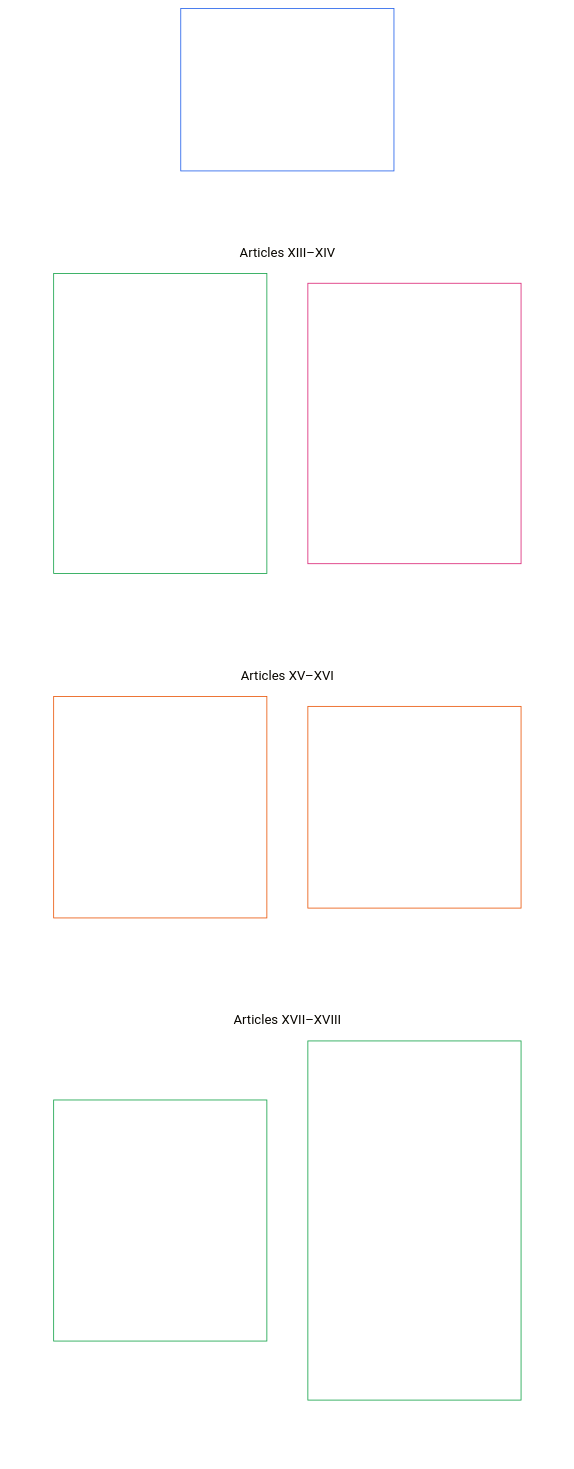
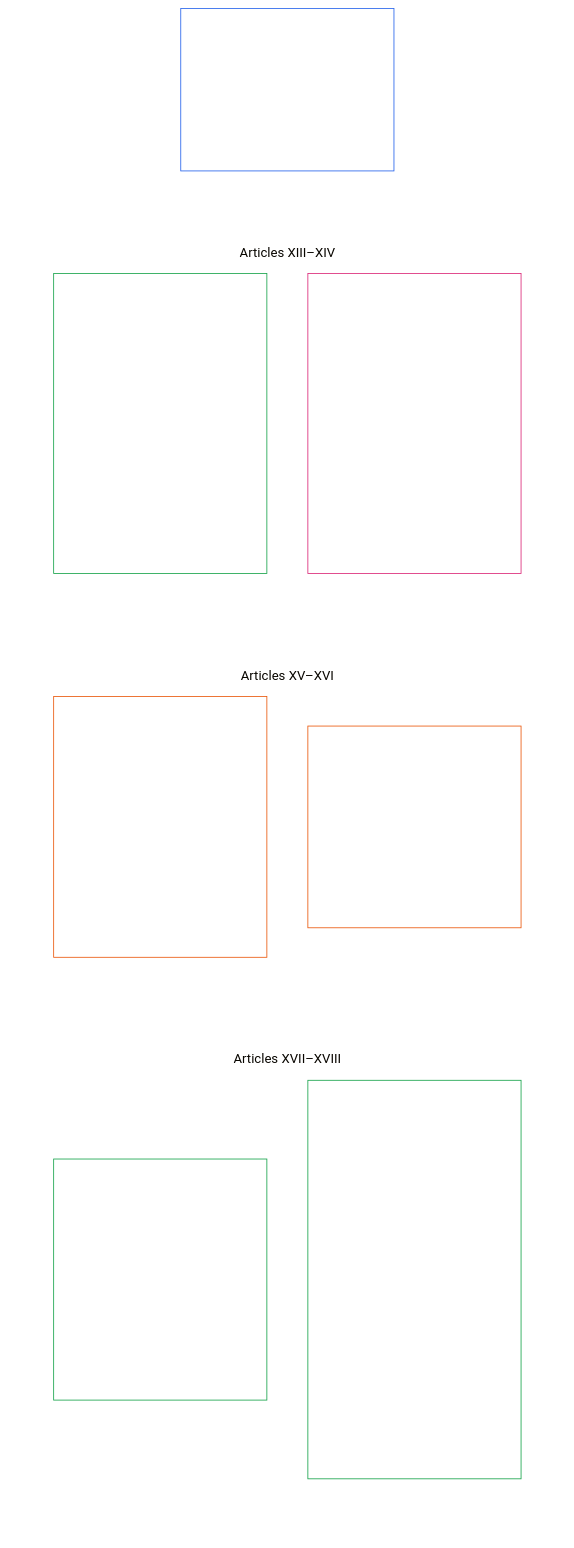
The diagram in core_06_rights_part_c.md (kfoelsch/Sentient_Constitution), drawn with Mermaid (base theme) before and after one commit. The commit also changed other lines of this file and 55 other files, not shown here.

````diff
--- a/core_06_rights_part_c.md
+++ b/core_06_rights_part_c.md
@@ -40,36 +40,36 @@
 ```mermaid
 flowchart TB
     C0["Part C<br/><br/>Trustworthy systems, security and force limits,<br/>information integrity, verification, lifecycle, and sandboxed innovation"]
     subgraph Cgrid[" "]
         direction TB
         subgraph Crow1["Articles XIII–XIV"]
             C1["**Article XIII** (*Right to Reliable and Trustworthy Systems*) · Right to Reliable and Trustworthy Systems<br/><br/>• Reliability baseline<br/>• Challenge, review, and redress<br/>• False trust limits<br/>• Incentive alignment<br/>• High-autonomy process integrity<br/>• Resilience and self-healing"]
-            C2["**Article XIV** (*Security, Intelligence, Force, and Autonomous Coercive Systems*) · Security, Intelligence, Force, and Autonomous Coercive Systems<br/><br/>• Covert-power limits<br/>• Use of force and armed conflict<br/>• Autonomous lethal and coercive systems"]
+            C2["**Article XIV** (*Security, Intelligence, Force, and Autonomous Coercive Systems*) · Security, Intelligence, Force, and Autonomous Coercive Systems<br/><br/>• Covert-power limits<br/>• Use of force and armed conflict<br/>• Autonomous lethal and coercive systems<br/>• Counter-espionage limits"]
         end
         subgraph Crow2["Articles XV–XVI"]
-            C3["**Article XV** (*Info-Sphere Integrity*) · Info-Sphere Integrity<br/><br/>• Plurality and anti-monopoly<br/>• Transparency and contestability<br/>• Validation, reporting, and epistemic stewardship"]
+            C3["**Article XV** (*Info-Sphere Integrity*) · Info-Sphere Integrity<br/><br/>• Plurality and anti-monopoly<br/>• Transparency and contestability<br/>• Validation, reporting, and epistemic stewardship<br/>• Scientific publication, review, and replication"]
             C4["**Article XVI** (*Audit, Transparency, and Independent Verification*) · Audit, Transparency, and Independent Verification<br/><br/>• Observable evidence<br/>• Distributed oversight<br/>• Accessible verification"]
         end
         subgraph Crow3["Articles XVII–XVIII"]
             C5["**Article XVII** (*System Lifecycle, Environments, and Reversibility*) · System Lifecycle, Environments, and Reversibility<br/><br/>• Environment separation<br/>• Progressive deployment and reversibility<br/>• Misclassification and evasion consequences"]
-            C6["**Article XVIII** (*Sandboxed Innovation, Experimentation, and Creative Freedom*) · Sandboxed Innovation, Experimentation, and Creative Freedom<br/><br/>• Sandboxed scope<br/>• Containment, disclosure, and opt-in<br/>• Transition to higher-obligation regimes<br/>• Innovation reward and anti-enclosure<br/>• Publication, review, and replication integrity"]
+            C6["**Article XVIII** (*Innovation, Experimentation, and Creative Freedom*) · Innovation, Experimentation, and Creative Freedom<br/><br/>• Sandboxed scope<br/>• Containment, disclosure, and opt-in<br/>• Transition to higher-obligation regimes<br/>• Innovation reward and anti-enclosure<br/>• Creative and expressive works<br/>• Inventions, processes, and functional systems"]
         end
     end
     %% Invisible links force a two-wide grid: each link puts its target one level down.
     C0 ~~~ C1 & C2
     C1 ~~~ C3
     C2 ~~~ C4
     C3 ~~~ C5
     C4 ~~~ C6
     style Cgrid fill:none,stroke:none
     style Crow1 fill:none,stroke:none
     style Crow2 fill:none,stroke:none
     style Crow3 fill:none,stroke:none
     style C0 fill:none,stroke:#2563eb,color:#ffffff
     style C1 fill:none,stroke:#16a34a,color:#ffffff
     style C2 fill:none,stroke:#db2777,color:#ffffff
     style C3 fill:none,stroke:#ea580c,color:#ffffff
     style C4 fill:none,stroke:#ea580c,color:#ffffff
     style C5 fill:none,stroke:#16a34a,color:#ffffff
     style C6 fill:none,stroke:#16a34a,color:#ffffff
 ```
````
